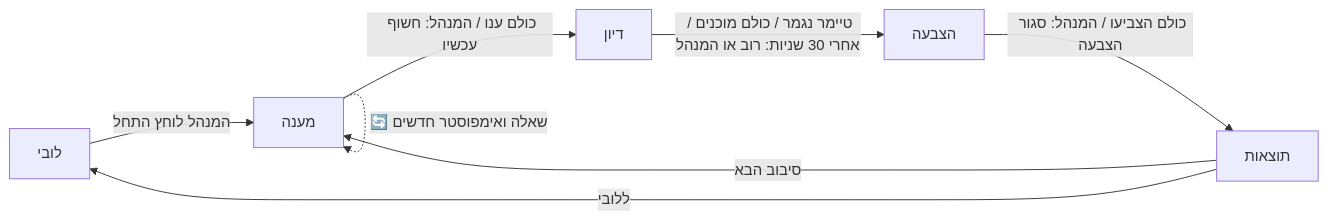
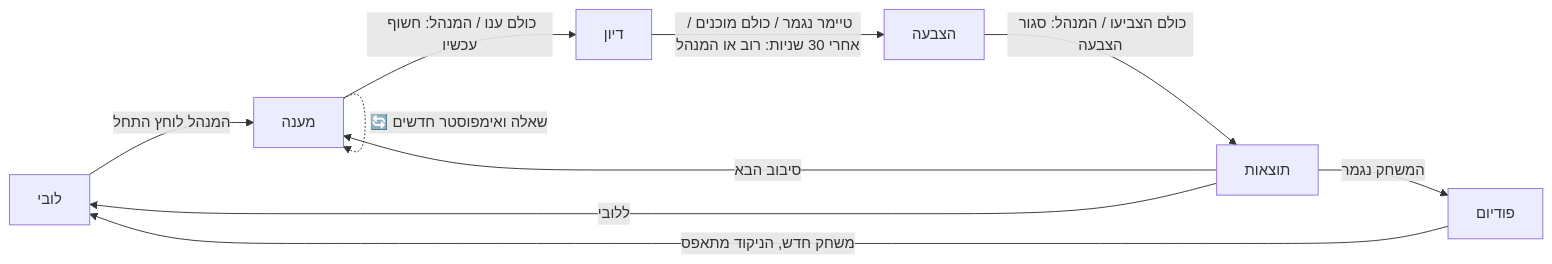
One commit to arielhone/impostor-party changed the first of 2 diagrams in README.md. Above: the diagram before and after it, drawn with Mermaid. The commit also changed other lines of this file and 15 other files, not shown here.

````diff
--- a/README.md
+++ b/README.md
@@ -30,10 +30,12 @@
 ```mermaid
 flowchart LR
     L[לובי] -->|המנהל לוחץ התחל| A[מענה]
     A -->|כולם ענו / המנהל: חשוף עכשיו| D[דיון]
     A -.->|🔄 שאלה ואימפוסטר חדשים| A
     D -->|טיימר נגמר / כולם מוכנים / אחרי 30 שניות: רוב או המנהל| V[הצבעה]
     V -->|כולם הצביעו / המנהל: סגור הצבעה| R[תוצאות]
     R -->|סיבוב הבא| A
     R -->|ללובי| L
+    R -->|המשחק נגמר| P[פודיום]
+    P -->|משחק חדש, הניקוד מתאפס| L
 ```
````
